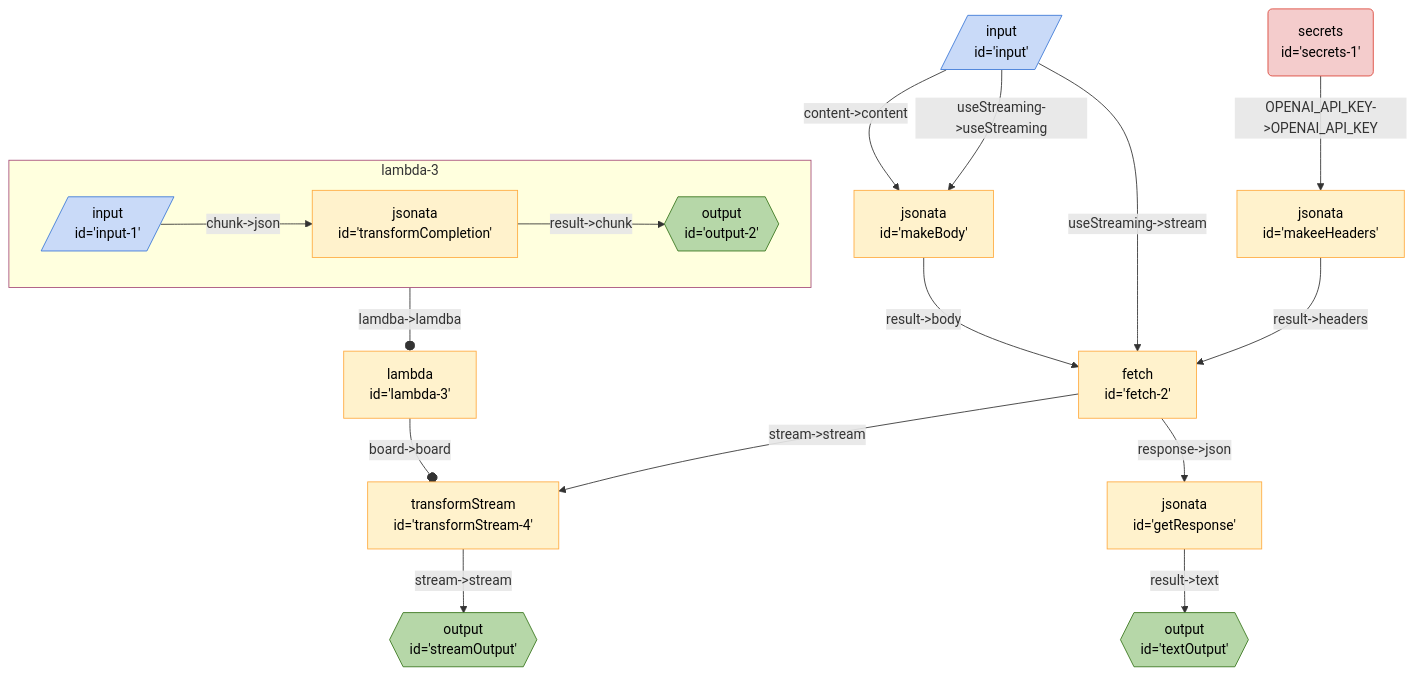
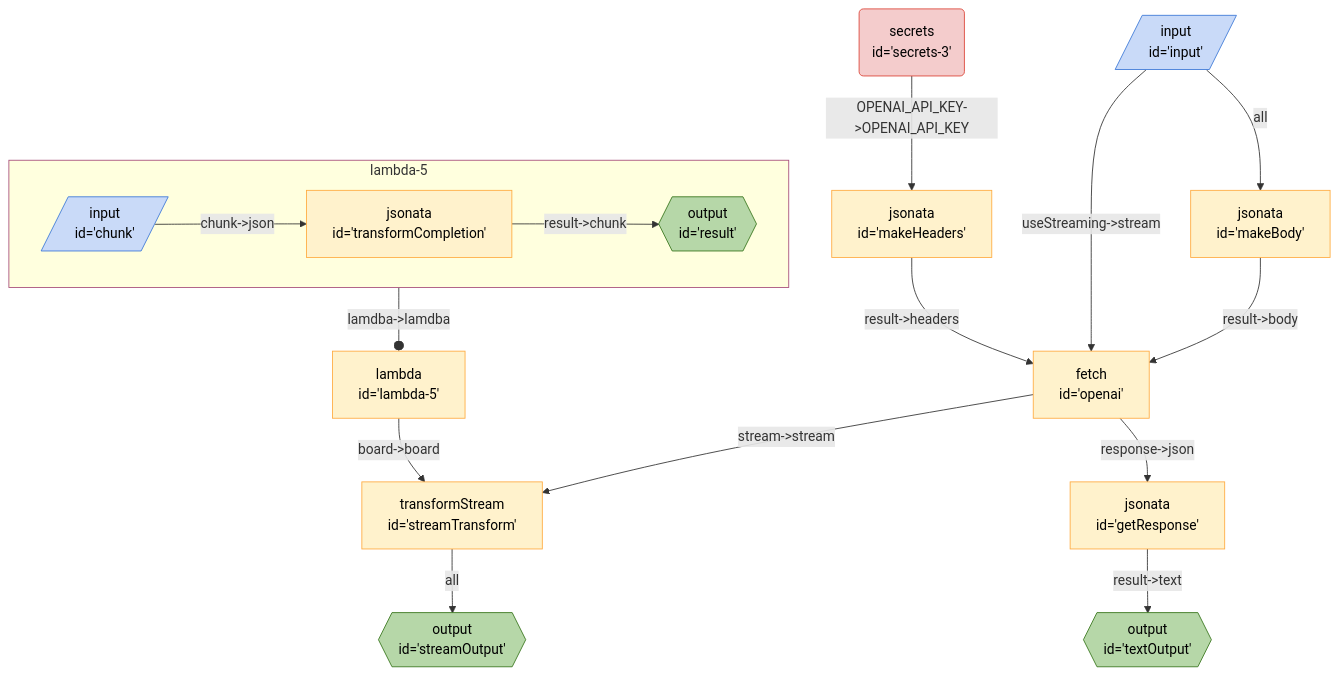
Before and after one commit to breadboard-ai/breadboard: the diagram in packages/breadboard-web/docs/graphs/openai-gpt-4-vision.md, drawn with Mermaid. The commit also changed 2 other files, not shown here.

Commit message:
Convert gpt-4-vision

````diff
--- a/packages/breadboard-web/docs/graphs/openai-gpt-4-vision.md
+++ b/packages/breadboard-web/docs/graphs/openai-gpt-4-vision.md
@@ -3,29 +3,28 @@
 ```mermaid
 %%{init: 'themeVariables': { 'fontFamily': 'Fira Code, monospace' }}%%
 graph TD;
-secrets1("secrets <br> id='secrets-1'"):::secrets -- "OPENAI_API_KEY->OPENAI_API_KEY" --> makeeHeaders["jsonata <br> id='makeeHeaders'"]
-input[/"input <br> id='input'"/]:::input -- "useStreaming->stream" --> fetch2["fetch <br> id='fetch-2'"]
-makeeHeaders["jsonata <br> id='makeeHeaders'"] -- "result->headers" --> fetch2["fetch <br> id='fetch-2'"]
-lambda3["lambda <br> id='lambda-3'"] -- "board->board" --o transformStream4["transformStream <br> id='transformStream-4'"]
-subgraph sg_lambda3 [lambda-3]
-lambda3_transformCompletion["jsonata <br> id='transformCompletion'"] -- "result->chunk" --> lambda3_output2{{"output <br> id='output-2'"}}:::output
-lambda3_input1[/"input <br> id='input-1'"/]:::input -- "chunk->json" --> lambda3_transformCompletion["jsonata <br> id='transformCompletion'"]
+streamTransform["transformStream <br> id='streamTransform'"] -- all --> streamOutput{{"output <br> id='streamOutput'"}}:::output
+lambda5["lambda <br> id='lambda-5'"] -- "board->board" --> streamTransform["transformStream <br> id='streamTransform'"]
+subgraph sg_lambda5 [lambda-5]
+lambda5_transformCompletion["jsonata <br> id='transformCompletion'"] -- "result->chunk" --> lambda5_result{{"output <br> id='result'"}}:::output
+lambda5_chunk[/"input <br> id='chunk'"/]:::input -- "chunk->json" --> lambda5_transformCompletion["jsonata <br> id='transformCompletion'"]
 end
-sg_lambda3:::slotted -- "lamdba->lamdba" --o lambda3
+sg_lambda5:::slotted -- "lamdba->lamdba" --o lambda5
 
-input[/"input <br> id='input'"/]:::input -- "useStreaming->useStreaming" --> makeBody["jsonata <br> id='makeBody'"]
+openai["fetch <br> id='openai'"] -- "response->json" --> getResponse["jsonata <br> id='getResponse'"]
+openai["fetch <br> id='openai'"] -- "stream->stream" --> streamTransform["transformStream <br> id='streamTransform'"]
+input[/"input <br> id='input'"/]:::input -- all --> makeBody["jsonata <br> id='makeBody'"]
+input[/"input <br> id='input'"/]:::input -- "useStreaming->stream" --> openai["fetch <br> id='openai'"]
+makeHeaders["jsonata <br> id='makeHeaders'"] -- "result->headers" --> openai["fetch <br> id='openai'"]
+makeBody["jsonata <br> id='makeBody'"] -- "result->body" --> openai["fetch <br> id='openai'"]
 getResponse["jsonata <br> id='getResponse'"] -- "result->text" --> textOutput{{"output <br> id='textOutput'"}}:::output
-fetch2["fetch <br> id='fetch-2'"] -- "response->json" --> getResponse["jsonata <br> id='getResponse'"]
-transformStream4["transformStream <br> id='transformStream-4'"] -- "stream->stream" --> streamOutput{{"output <br> id='streamOutput'"}}:::output
-fetch2["fetch <br> id='fetch-2'"] -- "stream->stream" --> transformStream4["transformStream <br> id='transformStream-4'"]
-makeBody["jsonata <br> id='makeBody'"] -- "result->body" --> fetch2["fetch <br> id='fetch-2'"]
-input[/"input <br> id='input'"/]:::input -- "content->content" --> makeBody["jsonata <br> id='makeBody'"]
+secrets3("secrets <br> id='secrets-3'"):::secrets -- "OPENAI_API_KEY->OPENAI_API_KEY" --> makeHeaders["jsonata <br> id='makeHeaders'"]
 classDef default stroke:#ffab40,fill:#fff2ccff,color:#000
 classDef input stroke:#3c78d8,fill:#c9daf8ff,color:#000
 classDef output stroke:#38761d,fill:#b6d7a8ff,color:#000
 classDef passthrough stroke:#a64d79,fill:#ead1dcff,color:#000
 classDef slot stroke:#a64d79,fill:#ead1dcff,color:#000
 classDef config stroke:#a64d79,fill:#ead1dcff,color:#000
 classDef secrets stroke:#db4437,fill:#f4cccc,color:#000
 classDef slotted stroke:#a64d79
 ```
````
